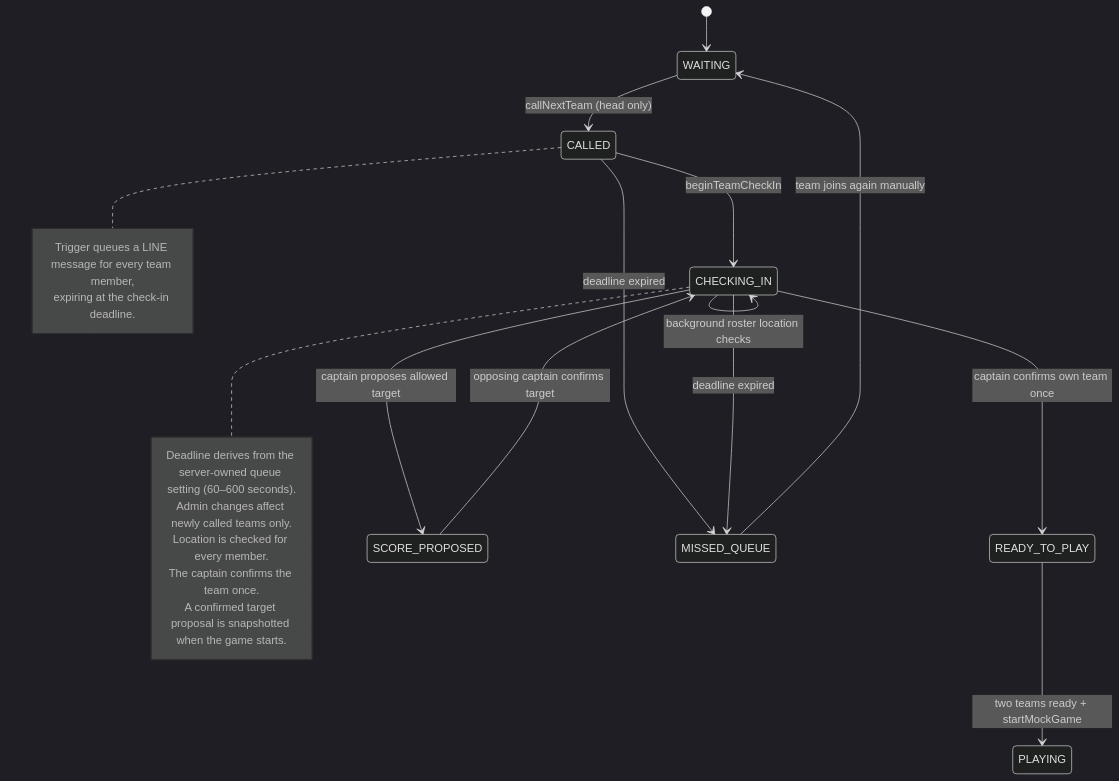
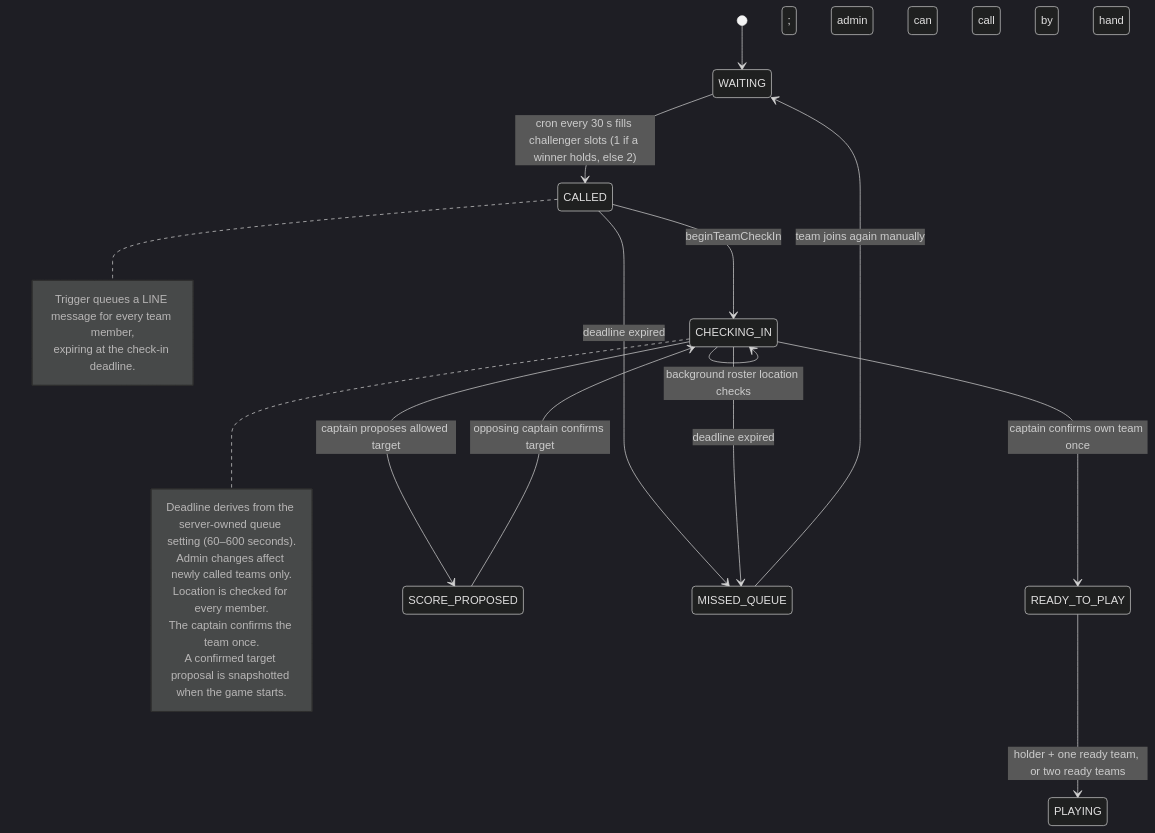
One commit to Nokpednam/MeQ-web-app changed the diagram in docs/diagrams/queue-checkin-flow.mmd. Above: the diagram before and after it, drawn with Mermaid (dark theme). The commit also changed 16 other files, not shown here.

```diff
--- a/docs/diagrams/queue-checkin-flow.mmd
+++ b/docs/diagrams/queue-checkin-flow.mmd
@@ -1,24 +1,24 @@
 stateDiagram-v2
   [*] --> WAITING
-  WAITING --> CALLED: callNextTeam (head only)
+  WAITING --> CALLED: cron every 30 s fills challenger slots (1 if a winner holds, else 2); admin can call by hand
   note right of CALLED
     Trigger queues a LINE message for every team member,
     expiring at the check-in deadline.
   end note
   CALLED --> CHECKING_IN: beginTeamCheckIn
   CHECKING_IN --> CHECKING_IN: background roster location checks
   CHECKING_IN --> READY_TO_PLAY: captain confirms own team once
   CHECKING_IN --> SCORE_PROPOSED: captain proposes allowed target
   SCORE_PROPOSED --> CHECKING_IN: opposing captain confirms target
   CALLED --> MISSED_QUEUE: deadline expired
   CHECKING_IN --> MISSED_QUEUE: deadline expired
-  READY_TO_PLAY --> PLAYING: two teams ready + startMockGame
+  READY_TO_PLAY --> PLAYING: holder + one ready team, or two ready teams
   MISSED_QUEUE --> WAITING: team joins again manually
 
   note right of CHECKING_IN
     Deadline derives from the server-owned queue setting (60–600 seconds).
     Admin changes affect newly called teams only.
     Location is checked for every member.
     The captain confirms the team once.
     A confirmed target proposal is snapshotted when the game starts.
   end note
```
